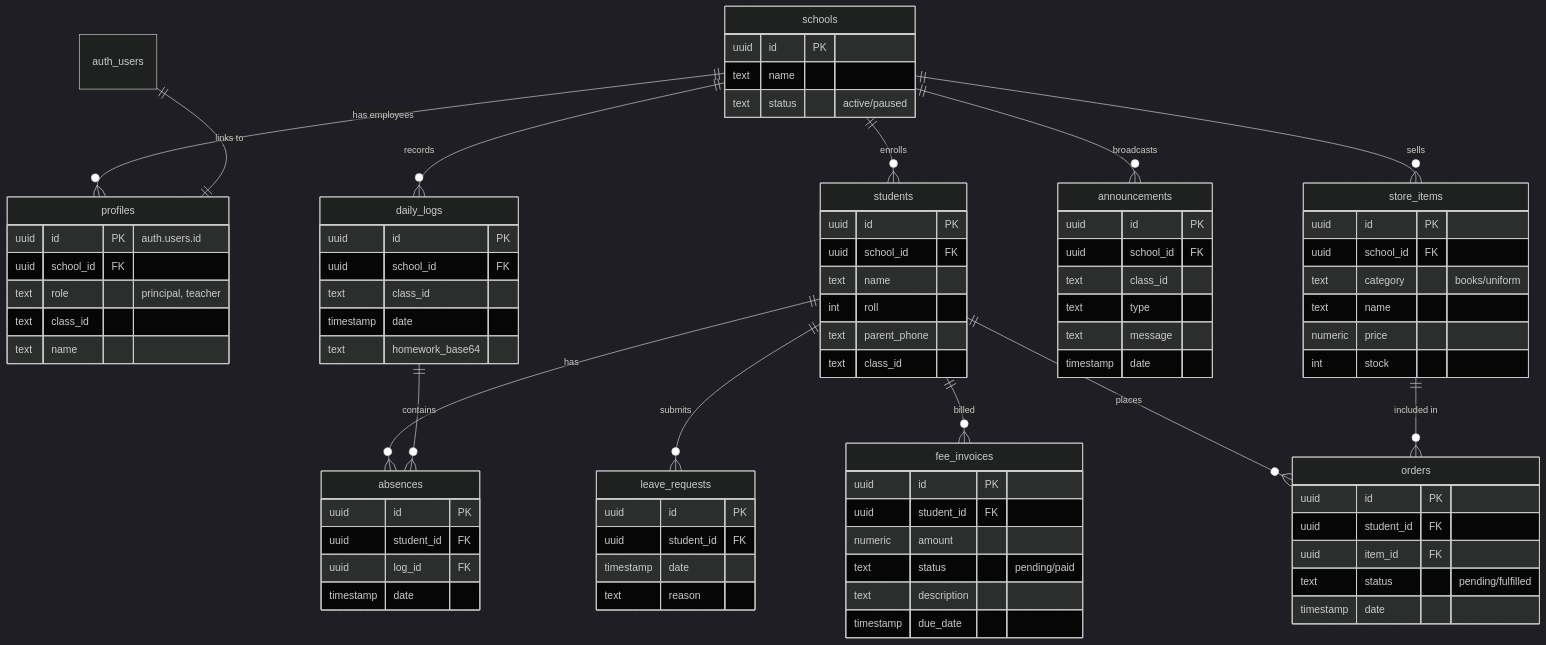
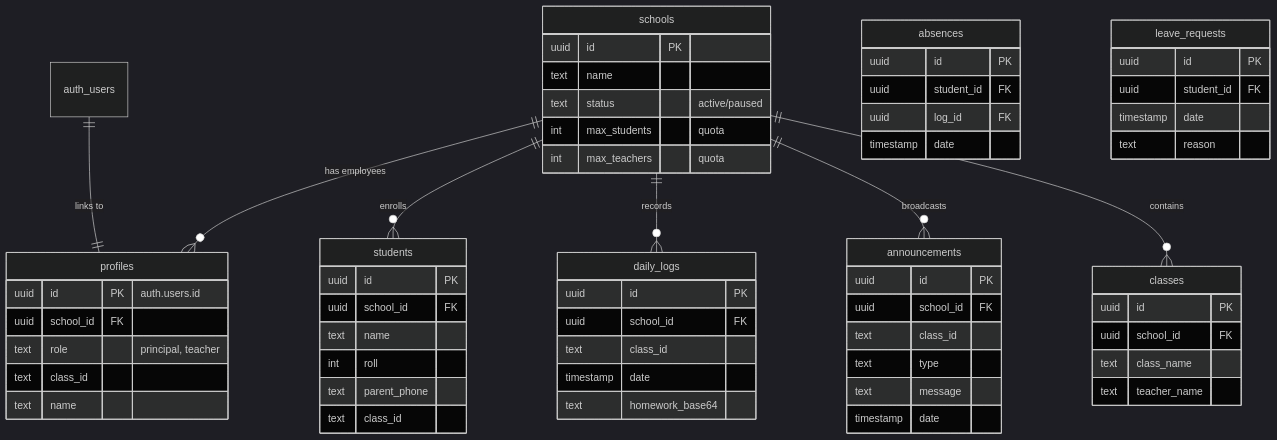
The diagram in README.md (RNKbansal23/Digitizer), drawn with Mermaid (dark theme) before and after one commit. The commit also changed other lines of this file, not shown here.

````diff
--- a/README.md
+++ b/README.md
@@ -56,6 +77,7 @@
     schools ||--o{ students : "enrolls"
     schools ||--o{ daily_logs : "records"
     schools ||--o{ announcements : "broadcasts"
+    schools ||--o{ classes : "contains"
     
     auth_users ||--|| profiles : "links to"
     
@@ -71,6 +93,15 @@
         uuid id PK
         text name
         text status "active/paused"
+        int max_students "quota"
+        int max_teachers "quota"
+    }
+
+    classes {
+        uuid id PK
+        uuid school_id FK
+        text class_name
+        text teacher_name
     }
     
     students {
@@ -112,38 +143,4 @@
         text message
         timestamp date
     }
-    
-    fee_invoices {
-        uuid id PK
-        uuid student_id FK
-        numeric amount
-        text status "pending/paid"
-        text description
-        timestamp due_date
-    }
-
-    store_items {
-        uuid id PK
-        uuid school_id FK
-        text category "books/uniform"
-        text name
-        numeric price
-        int stock
-    }
-
-    orders {
-        uuid id PK
-        uuid student_id FK
-        uuid item_id FK
-        text status "pending/fulfilled"
-        timestamp date
-    }
-
-    students ||--o{ absences : "has"
-    daily_logs ||--o{ absences : "contains"
-    students ||--o{ leave_requests : "submits"
-    students ||--o{ fee_invoices : "billed"
-    schools ||--o{ store_items : "sells"
-    students ||--o{ orders : "places"
-    store_items ||--o{ orders : "included in"
 ```
````
